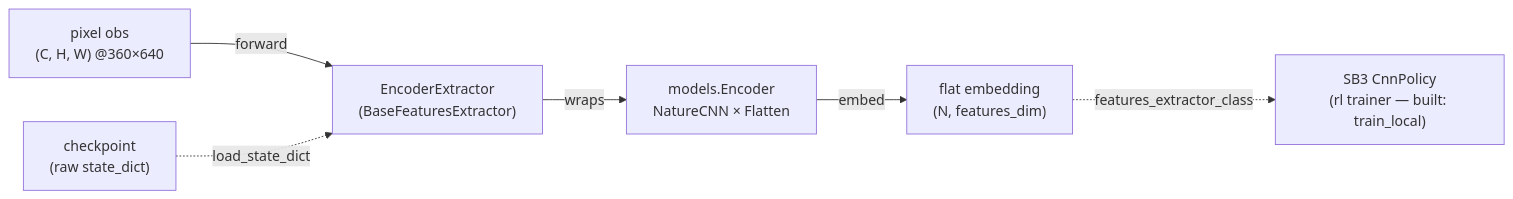
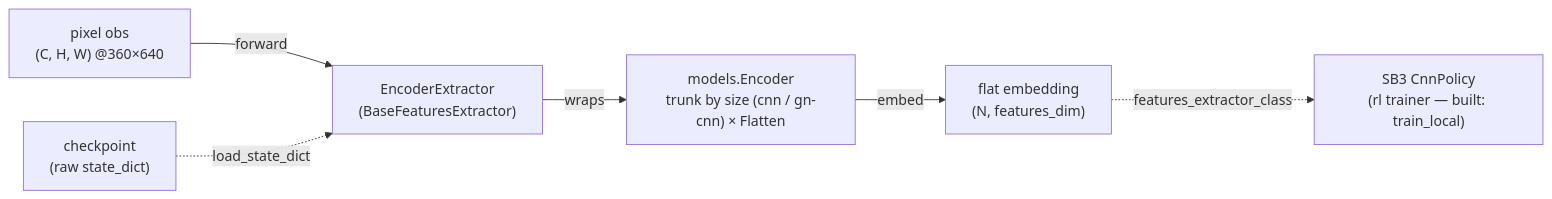
The second of 4 diagrams in docs/components/rl.md (urciuolim/TankTwinStickShooter), drawn with Mermaid before and after one commit. The commit also changed other lines of this file and 10 other files, not shown here.

First line of the commit message:
docs: update ./docs/ for the session's batch (obs pipeline, gn-cnn encoder, utils, params, transport handshake)

````diff
--- a/docs/components/rl.md
+++ b/docs/components/rl.md
@@ -517,8 +536,8 @@
 ```mermaid
 graph LR
     obs["pixel obs<br/>(C, H, W) @360×640"] -->|forward| ext["EncoderExtractor<br/>(BaseFeaturesExtractor)"]
     ckpt["checkpoint<br/>(raw state_dict)"] -.->|load_state_dict| ext
-    ext -->|wraps| enc["models.Encoder<br/>NatureCNN × Flatten"]
+    ext -->|wraps| enc["models.Encoder<br/>trunk by size (cnn / gn-cnn) × Flatten"]
     enc -->|embed| feat["flat embedding<br/>(N, features_dim)"]
     feat -.->|features_extractor_class| policy["SB3 CnnPolicy<br/>(rl trainer — built: train_local)"]
 ```
````
